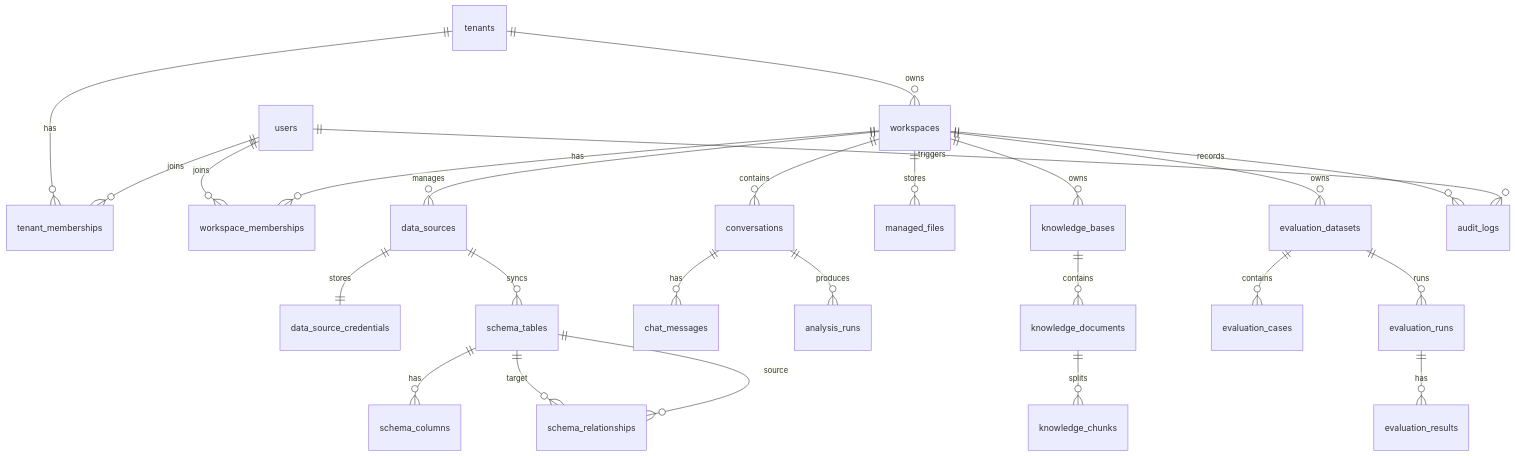
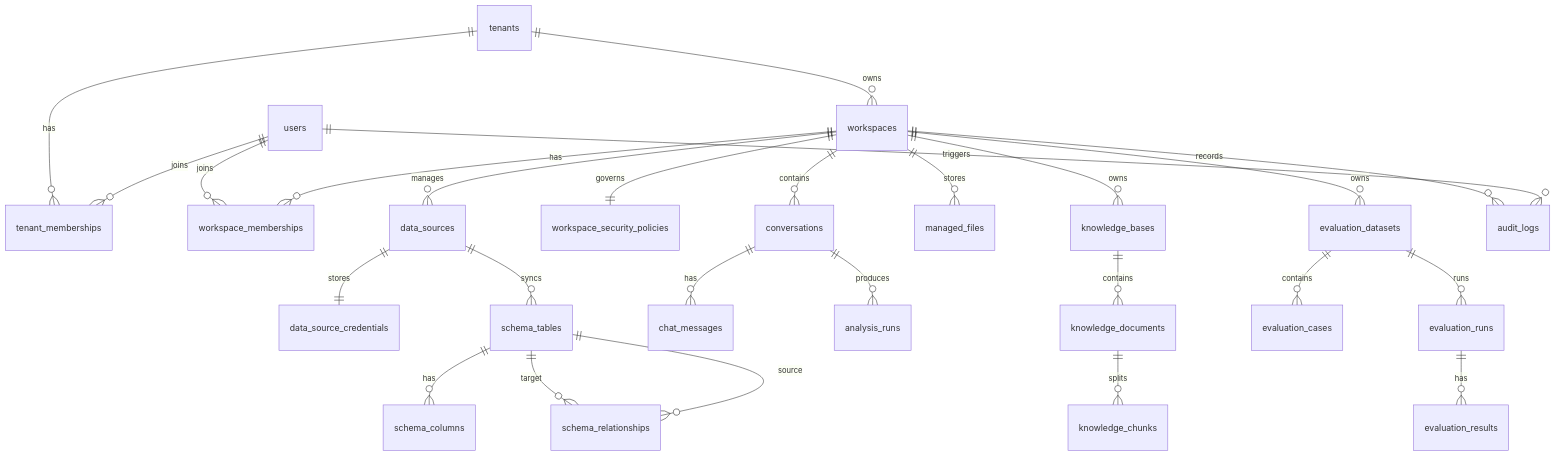
Before and after one commit to chenpan979/DataWhisperer: the diagram in docs/product-data-model-v3.13.md, drawn with Mermaid. The commit also changed other lines of this file and 26 other files, not shown here.

Commit message:
feat: persist security policies

````diff
--- a/docs/product-data-model-v3.13.md
+++ b/docs/product-data-model-v3.13.md
@@ -35,32 +35,33 @@
 ```mermaid
 erDiagram
     tenants ||--o{ workspaces : owns
     users ||--o{ tenant_memberships : joins
     tenants ||--o{ tenant_memberships : has
     workspaces ||--o{ workspace_memberships : has
     users ||--o{ workspace_memberships : joins
 
     workspaces ||--o{ data_sources : manages
+    workspaces ||--|| workspace_security_policies : governs
     data_sources ||--|| data_source_credentials : stores
     data_sources ||--o{ schema_tables : syncs
     schema_tables ||--o{ schema_columns : has
     schema_tables ||--o{ schema_relationships : source
     schema_tables ||--o{ schema_relationships : target
 
     workspaces ||--o{ conversations : contains
     conversations ||--o{ chat_messages : has
     conversations ||--o{ analysis_runs : produces
 
     workspaces ||--o{ managed_files : stores
     workspaces ||--o{ knowledge_bases : owns
     knowledge_bases ||--o{ knowledge_documents : contains
     knowledge_documents ||--o{ knowledge_chunks : splits
 
     workspaces ||--o{ evaluation_datasets : owns
     evaluation_datasets ||--o{ evaluation_cases : contains
     evaluation_datasets ||--o{ evaluation_runs : runs
     evaluation_runs ||--o{ evaluation_results : has
 
     users ||--o{ audit_logs : triggers
     workspaces ||--o{ audit_logs : records
 ```
````
